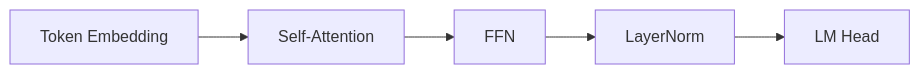
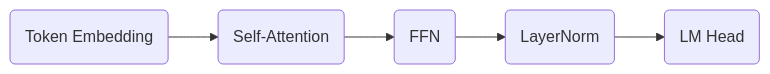
One commit to ChrisZhu2050/chriszhu2050.github.io changed the second of 16 diagrams in index.md. Above: the diagram before and after it, drawn with Mermaid. The commit also changed other lines of this file, not shown here.

````diff
--- a/index.md
+++ b/index.md
@@ -40,4 +40,4 @@
   ```mermaid
       graph LR
-          A["`Token Embedding`"]  --> C["`Self-Attention`"] --> D["`FFN`"] --> E["`LayerNorm`"] --> F["`LM Head`"]
+          A("`Token Embedding`")  --> C("`Self-Attention`") --> D("`FFN`") --> E("`LayerNorm`") --> F("`LM Head`")
   ```  
````
